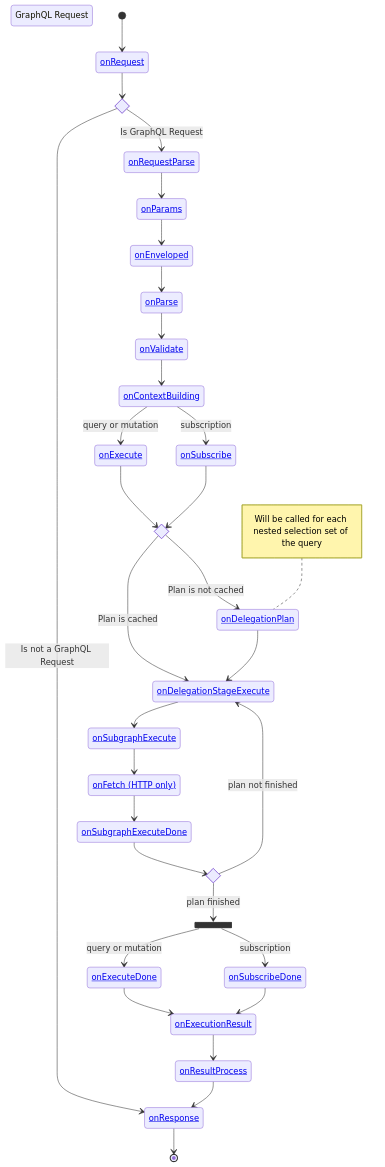
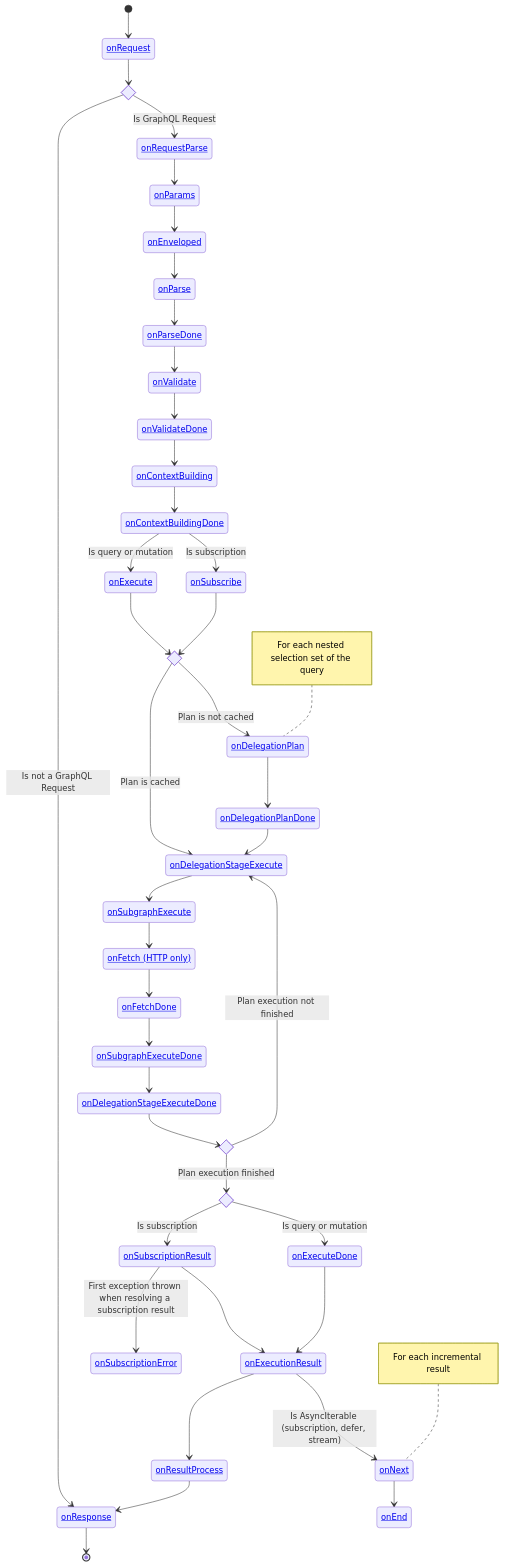
The second of 2 diagrams in packages/web/docs/src/pages/docs/gateway/other-features/custom-plugins.mdx (graphql-hive/console), drawn with Mermaid before and after one commit. The commit also changed other lines of this file and 5 other files, not shown here.

```diff
--- a/packages/web/docs/src/pages/docs/gateway/other-features/custom-plugins.mdx
+++ b/packages/web/docs/src/pages/docs/gateway/other-features/custom-plugins.mdx
@@ -203,44 +206,45 @@
 stateDiagram-v2
   onRequest: <a href="#onrequest">onRequest</a>
   onResponse: <a href="#onresponse">onResponse</a>
-  GraphQLRequest: GraphQL Request
-
-  [*] --> onRequest
-
   state onRequest_if_state <<choice>>
-
   onRequest --> onRequest_if_state
-
   onRequest_if_state --> onResponse: Is not a GraphQL Request
   onRequest_if_state --> onRequestParse: Is GraphQL Request
-
   onRequestParse: <a href="#onrequestparse">onRequestParse</a>
   onParams: <a href="#onparams">onParams</a>
   onEnveloped: <a href="#onenveloped">onEnveloped</a>
   onParse: <a href="#onparse">onParse</a>
+  onParseDone: <a href="#onparsedone">onParseDone</a>
   onValidate: <a href="#onvalidate">onValidate</a>
-  onContextBuilding: <a href="oncontextbuilding">onContextBuilding</a>
+  onValidateDone: <a href="#onvalidatedone">onValidateDone</a>
+  onContextBuilding: <a href="#oncontextbuilding">onContextBuilding</a>
+  onContextBuildingDone: <a href="#oncontextbuildingdone">onContextBuildingDone</a>
   onExecute: <a href="#onexecute">onExecute</a>
   onSubscribe: <a href="#onsubscribe">onSubscribe</a>
-
   onExecuteDone: <a href="#onexecutedone">onExecuteDone</a>
   onFetch: <a href="#onfetch">onFetch (HTTP only)</a>
-  onSubscribeDone: <a href="#onsubscribedone">onSubscribeDone</a>
+  onFetchDone: <a href="#onfetchdone">onFetchDone</a>
   onExecutionResult: <a href="#onexecutionresult">onExecutionResult</a>
   onResultProcess: <a href="#onresultprocess">onResultProcess</a>
   onDelegationPlan: <a href="#ondelegationplan">onDelegationPlan</a>
+  onDelegationPlanDone: <a href="#ondelegationplandone">onDelegationPlanDone</a>
   onDelegationStageExecute: <a href="#ondelegationstageexecute">onDelegationStageExecute</a>
+  onDelegationStageExecuteDone: <a href="#ondelegationstageexecutedone">onDelegationStageExecuteDone</a>
   onSubgraphExecute: <a href="#onsubgraphexecute">onSubgraphExecute</a>
   onSubgraphExecuteDone: <a href="#onsubgraphexecutedone">onSubgraphExecuteDone</a>
-
 
   onRequestParse --> onParams
   onParams --> onEnveloped
   onEnveloped --> onParse
-  onParse --> onValidate
-  onValidate --> onContextBuilding
-  onContextBuilding --> onExecute: query or mutation
-  onContextBuilding --> onSubscribe: subscription
+  onParse --> onParseDone
+  onParseDone --> onValidate
+  onValidate --> onValidateDone
+  onValidateDone --> onContextBuilding
+  onContextBuilding --> onContextBuildingDone
+  onContextBuildingDone --> onExecute: Is query or mutation
+  onContextBuildingDone --> onSubscribe: Is subscription
+
+  [*] --> onRequest
 
   state is_plan_cached <<choice>>
   onExecute --> is_plan_cached
@@ -248,27 +252,39 @@
   is_plan_cached --> onDelegationPlan: Plan is not cached
   is_plan_cached --> onDelegationStageExecute: Plan is cached
 
-  note left of onDelegationPlan
-    Will be called for each nested selection set of the query
-  end note
-  onDelegationPlan --> onDelegationStageExecute
+  note left of onDelegationPlan: For each nested selection set of the query
+  onDelegationPlan --> onDelegationPlanDone
+  onDelegationPlanDone --> onDelegationStageExecute
   onDelegationStageExecute --> onSubgraphExecute
   onSubgraphExecute --> onFetch
-  onFetch --> onSubgraphExecuteDone
+  onFetch --> onFetchDone
+  onFetchDone --> onSubgraphExecuteDone
 
   state is_plan_finished <<choice>>
-  onSubgraphExecuteDone --> is_plan_finished
-  is_plan_finished --> onDelegationStageExecute: plan not finished
+  onSubgraphExecuteDone --> onDelegationStageExecuteDone
+  onDelegationStageExecuteDone --> is_plan_finished
+  is_plan_finished --> onDelegationStageExecute: Plan execution not finished
 
-  state end_of_execution <<fork>>
-  is_plan_finished --> end_of_execution: plan finished
-  end_of_execution --> onExecuteDone: query or mutation
-  end_of_execution --> onSubscribeDone: subscription
+  state end_of_execution <<choice>>
 
-    onExecuteDone --> onExecutionResult
-    onSubscribeDone --> onExecutionResult
+  is_plan_finished --> end_of_execution: Plan execution finished
 
-    onExecutionResult --> onResultProcess
+  onSubscriptionResult: <a href="#onsubscriptionresult">onSubscriptionResult</a>
+  onSubscriptionError: <a href="#onsubscriptionerror">onSubscriptionError</a>
+  end_of_execution --> onSubscriptionResult: Is subscription
+  onSubscriptionResult --> onExecutionResult
+  onSubscriptionResult --> onSubscriptionError: First exception thrown when resolving a subscription result
+
+  end_of_execution --> onExecuteDone: Is query or mutation
+  onExecuteDone --> onExecutionResult
+
+  onNext: <a href="#onnext">onNext</a>
+  onEnd: <a href="#onend">onEnd</a>
+  onExecutionResult --> onNext: Is AsyncIterable (subscription, defer, stream)
+  note left of onNext: For each incremental result
+  onNext --> onEnd
+
+  onExecutionResult --> onResultProcess
 
   onResultProcess --> onResponse
   onResponse --> [*]
```
